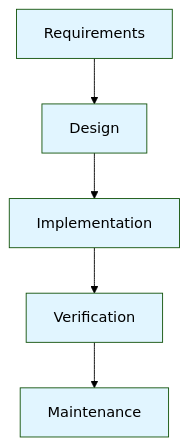
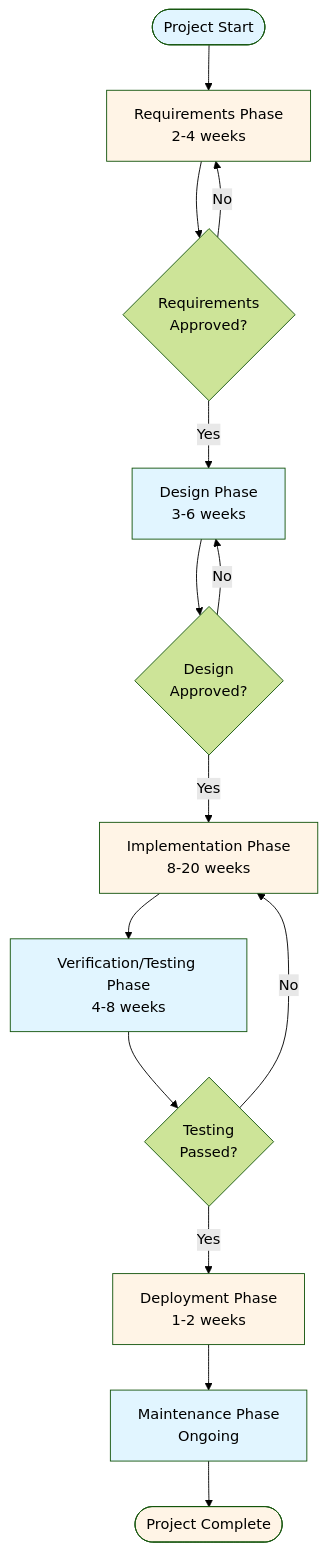
The first of 9 diagrams in PM-Guides/PROJECT_METHODOLOGIES_GUIDE.md (iouthnamain/tech-note), drawn with Mermaid (forest theme) before and after one commit. The commit also changed other lines of this file and 68 other files, not shown here.

````diff
--- a/PM-Guides/PROJECT_METHODOLOGIES_GUIDE.md
+++ b/PM-Guides/PROJECT_METHODOLOGIES_GUIDE.md
@@ -47,13 +47,28 @@
 ```mermaid
-graph TD
-    A[Requirements] --> B[Design]
-    B --> C[Implementation]
-    C --> D[Verification]
-    D --> E[Maintenance]
+flowchart TD
+    Start([Project Start]) --> Requirements[Requirements Phase<br/>2-4 weeks]
+    Requirements --> ReqReview{Requirements<br/>Approved?}
+    ReqReview -->|No| Requirements
+    ReqReview -->|Yes| Design[Design Phase<br/>3-6 weeks]
     
-    style A fill:#e1f5ff
-    style B fill:#e1f5ff
-    style C fill:#e1f5ff
-    style D fill:#e1f5ff
-    style E fill:#e1f5ff
+    Design --> DesignReview{Design<br/>Approved?}
+    DesignReview -->|No| Design
+    DesignReview -->|Yes| Implementation[Implementation Phase<br/>8-20 weeks]
+    
+    Implementation --> Verification[Verification/Testing Phase<br/>4-8 weeks]
+    Verification --> TestPass{Testing<br/>Passed?}
+    TestPass -->|No| Implementation
+    TestPass -->|Yes| Deployment[Deployment Phase<br/>1-2 weeks]
+    
+    Deployment --> Maintenance[Maintenance Phase<br/>Ongoing]
+    Maintenance --> End([Project Complete])
+    
+    style Start fill:#e1f5ff
+    style Requirements fill:#fff4e6
+    style Design fill:#e1f5ff
+    style Implementation fill:#fff4e6
+    style Verification fill:#e1f5ff
+    style Deployment fill:#fff4e6
+    style Maintenance fill:#e1f5ff
+    style End fill:#fff4e6
 ```
````
